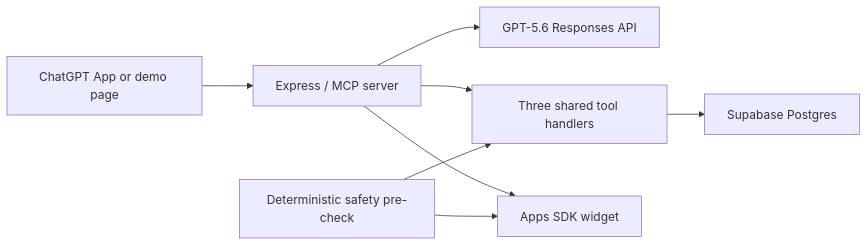
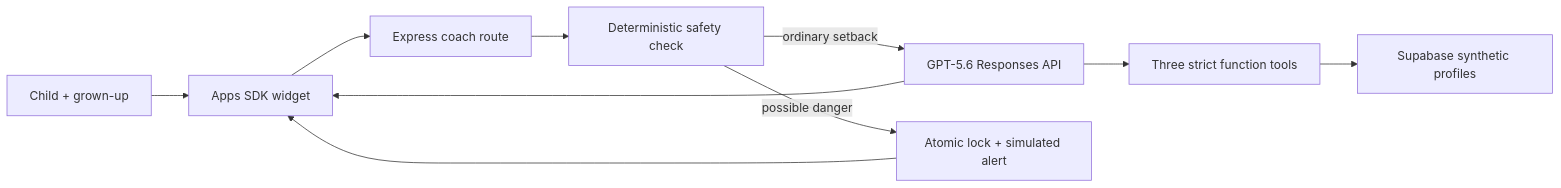
One commit to joshuafisherkeller/resilience-coach changed the diagram in README.md. Above: the diagram before and after it, drawn with Mermaid. The commit also changed other lines of this file and 20 other files, not shown here.

Commit message:
Build evidence-informed guided practice flow

````diff
--- a/README.md
+++ b/README.md
@@ -15,10 +49,12 @@
 ```mermaid
 flowchart LR
-  A["ChatGPT App or demo page"] --> B["Express / MCP server"]
-  B --> C["GPT-5.6 Responses API"]
-  B --> D["Three shared tool handlers"]
-  D --> E["Supabase Postgres"]
-  B --> F["Apps SDK widget"]
-  G["Deterministic safety pre-check"] --> D
-  G --> F
+  A["Child + grown-up"] --> B["Apps SDK widget"]
+  B --> C["Express coach route"]
+  C --> D["Deterministic safety check"]
+  D -->|ordinary setback| E["GPT-5.6 Responses API"]
+  E --> F["Three strict function tools"]
+  F --> G["Supabase synthetic profiles"]
+  E --> B
+  D -->|possible danger| H["Atomic lock + simulated alert"]
+  H --> B
 ```
````
